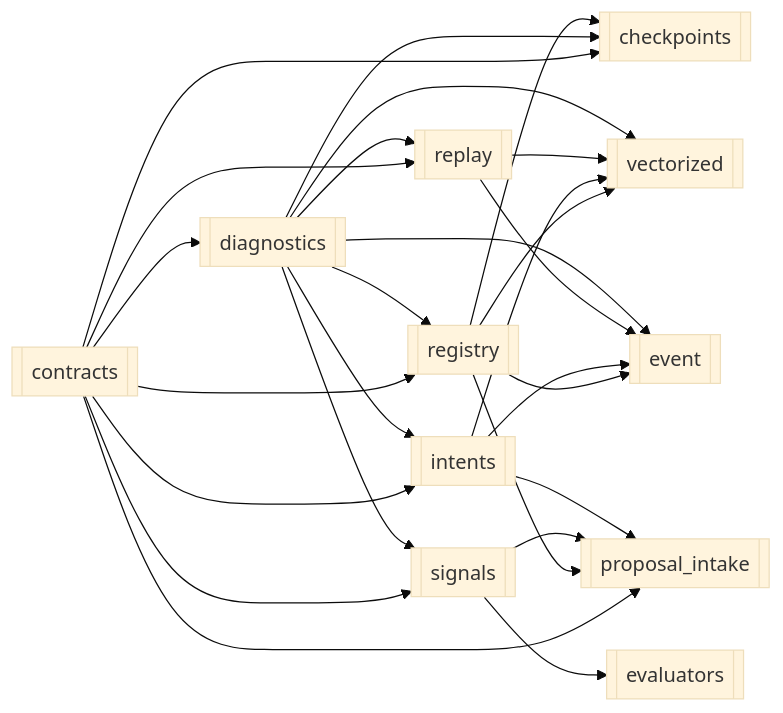
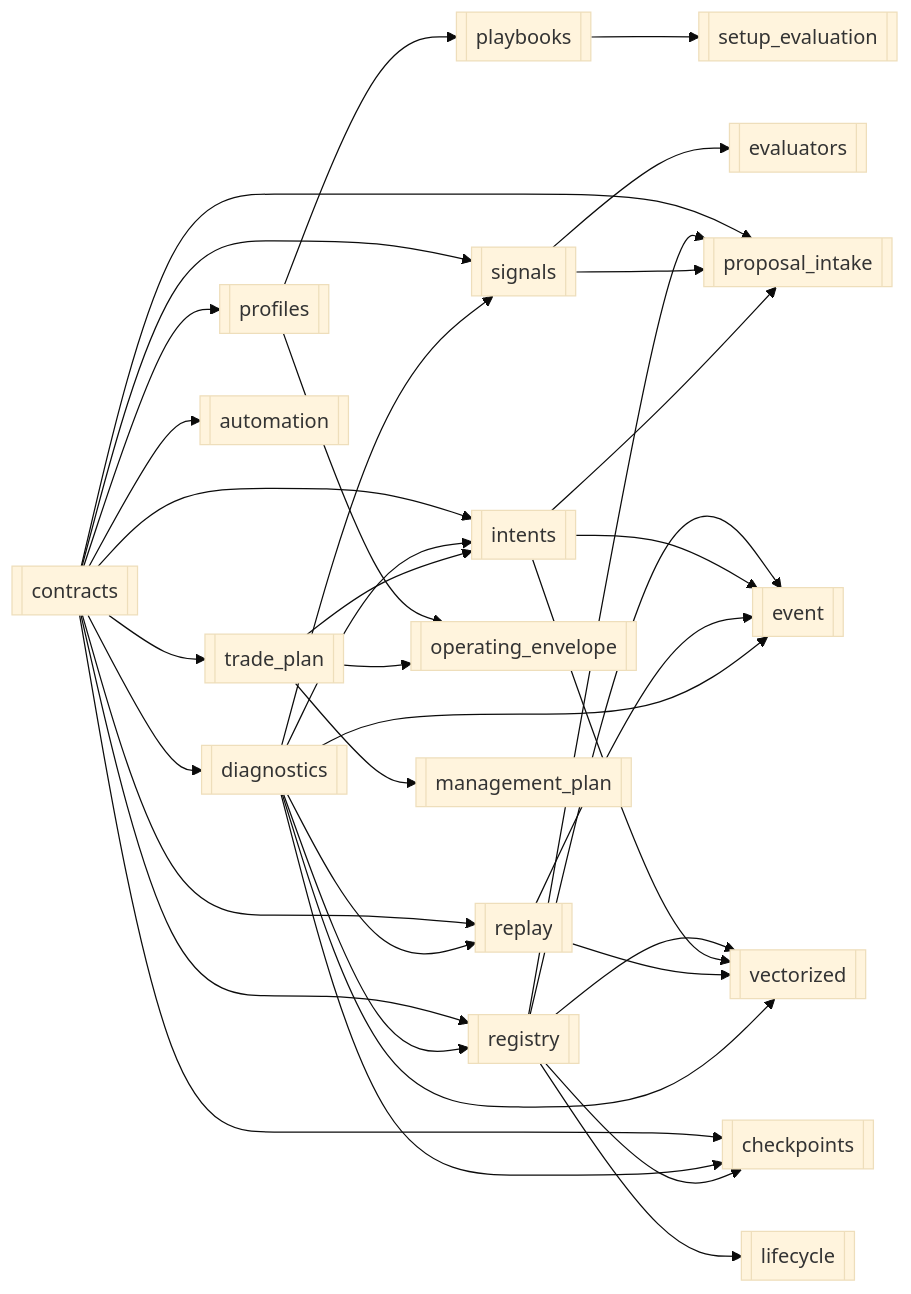
One commit to haruperi/HaruQuantAI changed the second of 2 diagrams in app/services/strategy/README.md. Above: the diagram before and after it, drawn with Mermaid (base theme). The commit also changed other lines of this file and 738 other files, not shown here.

````diff
--- a/app/services/strategy/README.md
+++ b/app/services/strategy/README.md
@@ -354,40 +417,58 @@
 ```mermaid
 flowchart LR
     CON[[contracts]]
     DIA[[diagnostics]]
     REG[[registry]]
     INT[[intents]]
     REP[[replay]]
     CHK[[checkpoints]]
     VEC[[vectorized]]
     EVT[[event]]
     SIG[[signals]]
     EVAL[[evaluators]]
     PROP[[proposal_intake]]
+    OENV[[operating_envelope]]
+    PROF[[profiles]]
+    PLAY[[playbooks]]
+    SEVAL[[setup_evaluation]]
+    TPLAN[[trade_plan]]
+    MPLAN[[management_plan]]
+    AUTO[[automation]]
+    LIFEC[[lifecycle]]
 
     CON --> DIA
     CON --> REG
     DIA --> REG
     CON --> INT
     CON --> PROP
     REG --> PROP
     SIG --> PROP
     INT --> PROP
     DIA --> INT
     CON --> REP
     DIA --> REP
     CON --> CHK
     DIA --> CHK
     REG --> CHK
     REG --> VEC
     INT --> VEC
     REP --> VEC
     DIA --> VEC
     REG --> EVT
     INT --> EVT
     REP --> EVT
     DIA --> EVT
     CON --> SIG
     DIA --> SIG
     SIG --> EVAL
+    CON --> PROF
+    PROF --> PLAY
+    PLAY --> SEVAL
+    PROF --> OENV
+    TPLAN --> MPLAN
+    TPLAN --> OENV
+    TPLAN --> INT
+    CON --> TPLAN
+    CON --> AUTO
+    REG --> LIFEC
 ```
````
